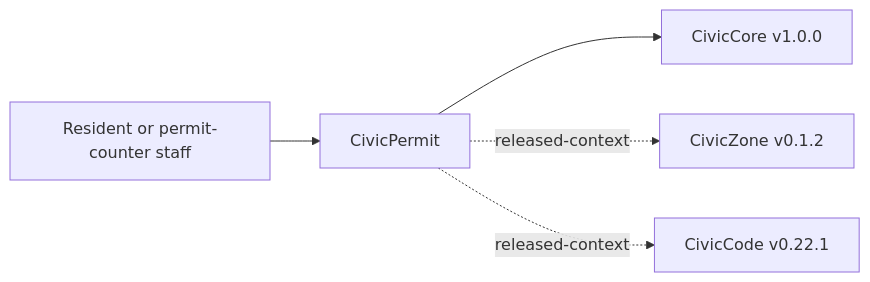
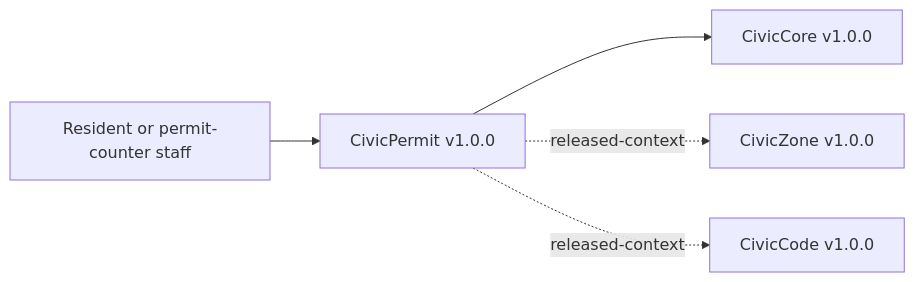
One commit to CivicSuite/civicpermit changed the diagram in USER-MANUAL.md. Above: the diagram before and after it, drawn with Mermaid. The commit also changed other lines of this file and 27 other files, not shown here.

Commit message:
Release CivicPermit v1.0.0 product depth

````diff
--- a/USER-MANUAL.md
+++ b/USER-MANUAL.md
@@ -36,7 +43,7 @@
 ```mermaid
 flowchart LR
-  PublicUser["Resident or permit-counter staff"] --> CivicPermit["CivicPermit"]
+  PublicUser["Resident or permit-counter staff"] --> CivicPermit["CivicPermit v1.0.0"]
   CivicPermit --> CivicCore["CivicCore v1.0.0"]
-  CivicPermit -. released-context .-> CivicZone["CivicZone v0.1.2"]
-  CivicPermit -. released-context .-> CivicCode["CivicCode v0.22.1"]
+  CivicPermit -. released-context .-> CivicZone["CivicZone v1.0.0"]
+  CivicPermit -. released-context .-> CivicCode["CivicCode v1.0.0"]
 ```
````
